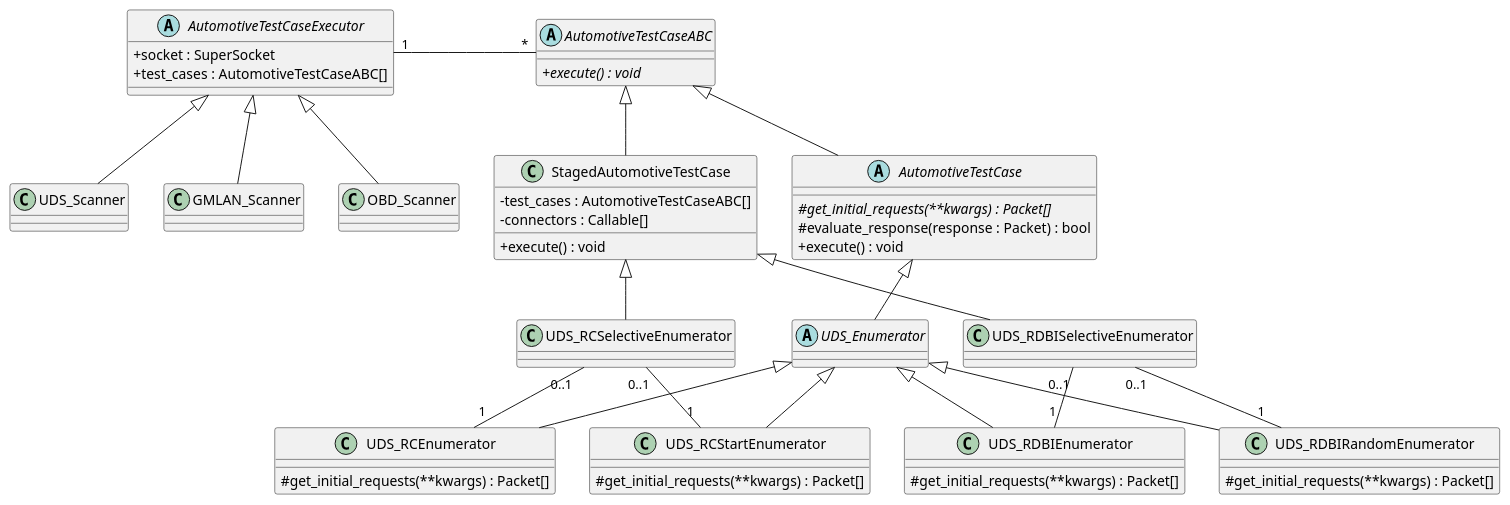
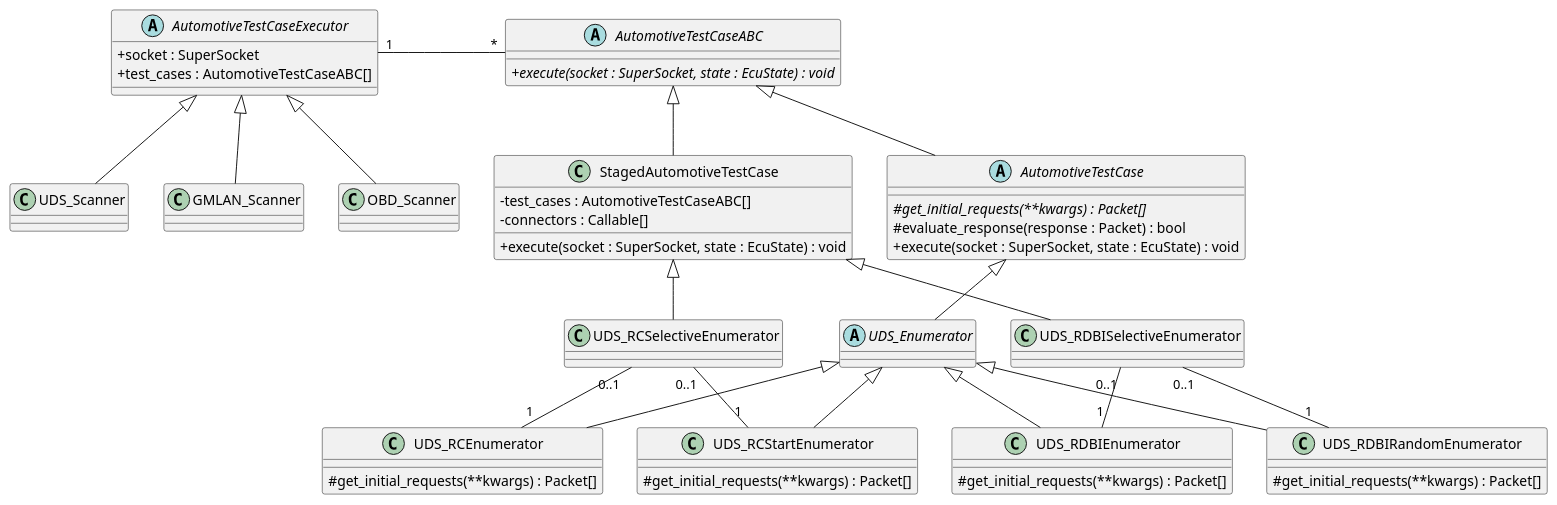
Before and after one commit to akorb/bachelor-thesis: the diagram in images/uml/overview.puml, drawn with PlantUML. The commit also changed 1 other file, not shown here.

Commit message:
Make uml diagrams more complete

```diff
--- a/images/uml/overview.puml
+++ b/images/uml/overview.puml
@@ -1,70 +1,70 @@
 @startuml overview
 
 skinparam classAttributeIconSize 0
 
 AutomotiveTestCaseExecutor "1" - "*" AutomotiveTestCaseABC : \t\t\t
 
 UDS_RDBISelectiveEnumerator "0..1" -down- "1" UDS_RDBIEnumerator
 UDS_RDBISelectiveEnumerator "0..1" -down- "1" UDS_RDBIRandomEnumerator
 
 UDS_RCSelectiveEnumerator "0..1" -down- "1" UDS_RCEnumerator
 UDS_RCSelectiveEnumerator "0..1" -down- "1" UDS_RCStartEnumerator
 
 AutomotiveTestCaseExecutor <|-- UDS_Scanner
 AutomotiveTestCaseExecutor <|-- GMLAN_Scanner
 AutomotiveTestCaseExecutor <|-- OBD_Scanner
 
 AutomotiveTestCaseABC <|-- AutomotiveTestCase
 AutomotiveTestCaseABC <|-- StagedAutomotiveTestCase
 
 AutomotiveTestCase <|-- UDS_Enumerator
 
 UDS_Enumerator <|-- UDS_RCEnumerator
 UDS_Enumerator <|-- UDS_RCStartEnumerator
 UDS_Enumerator <|-- UDS_RDBIEnumerator
 UDS_Enumerator <|-- UDS_RDBIRandomEnumerator
 
 StagedAutomotiveTestCase <|-- UDS_RDBISelectiveEnumerator
 StagedAutomotiveTestCase <|-- UDS_RCSelectiveEnumerator
 
 abstract AutomotiveTestCaseExecutor {
     + socket : SuperSocket
     + test_cases : AutomotiveTestCaseABC[]
 }
 
 class StagedAutomotiveTestCase {
     - test_cases : AutomotiveTestCaseABC[]
     - connectors : Callable[]
-    + execute() : void
+    + execute(socket : SuperSocket, state : EcuState) : void
 }
 
 abstract AutomotiveTestCaseABC {
-    {abstract} + execute() : void
+    {abstract} + execute(socket : SuperSocket, state : EcuState) : void
 }
 
 abstract AutomotiveTestCase {
     {abstract} # get_initial_requests(**kwargs) : Packet[]
     # evaluate_response(response : Packet) : bool
-    + execute() : void
+    + execute(socket : SuperSocket, state : EcuState) : void
 }
 
 abstract UDS_Enumerator {
 }
 
 class UDS_RDBIRandomEnumerator {
     # get_initial_requests(**kwargs) : Packet[]
 }
 
 class UDS_RDBIEnumerator {
     # get_initial_requests(**kwargs) : Packet[]
 }
 
 class UDS_RCEnumerator {
     # get_initial_requests(**kwargs) : Packet[]
 }
 
 class UDS_RCStartEnumerator {
     # get_initial_requests(**kwargs) : Packet[]
 }
 
 @enduml
```
